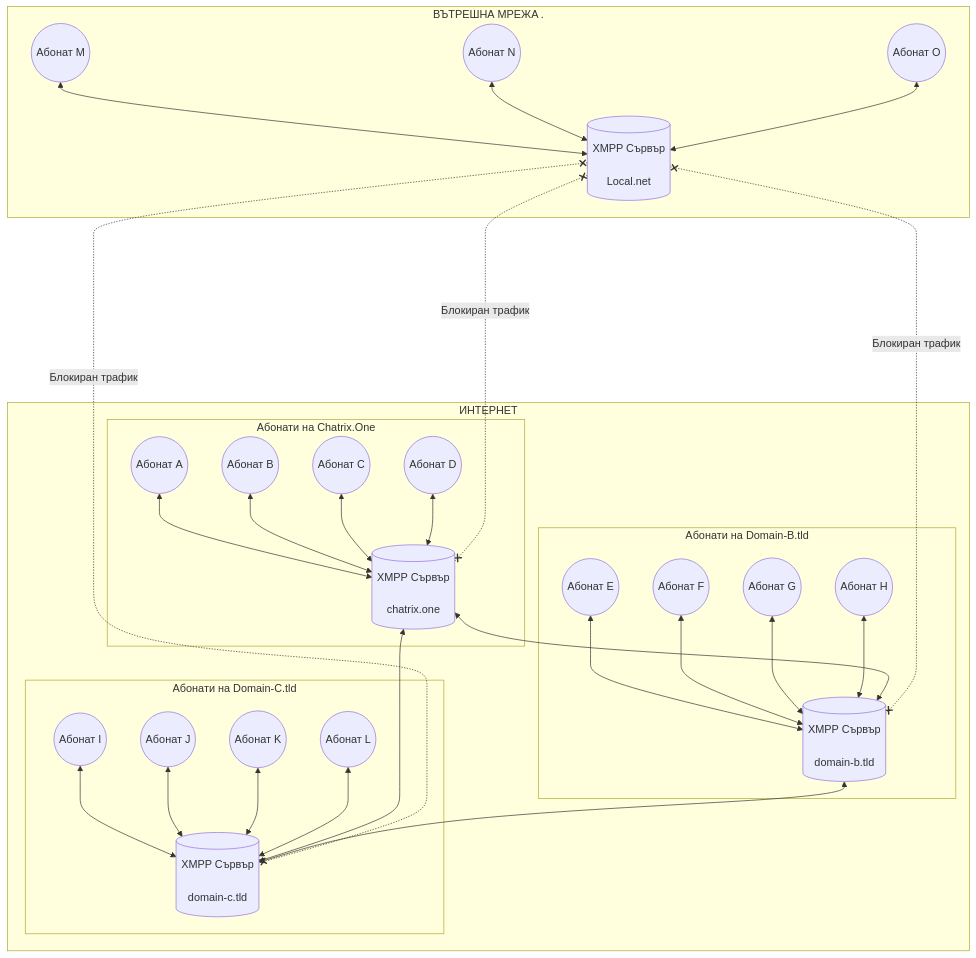
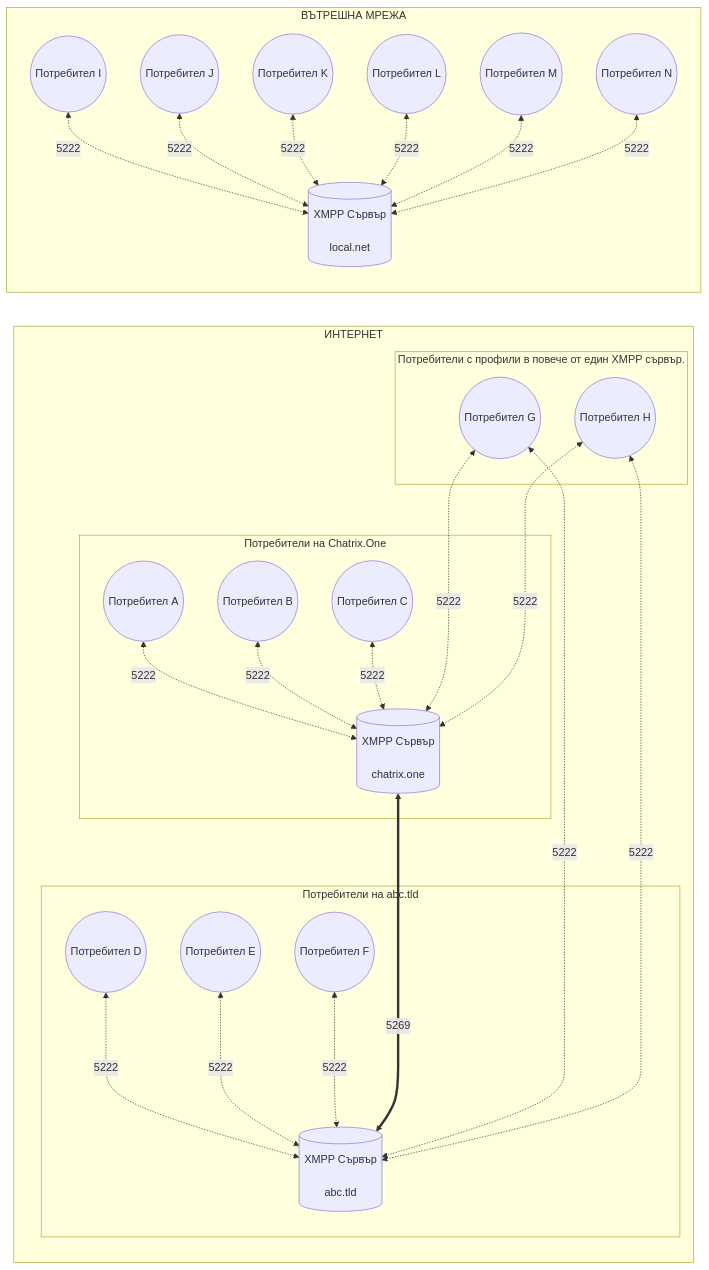
Before and after one commit to MrEddX/docs.chatrix.one: the first of 2 diagrams in docs/често-задавани-въпроси.md, drawn with Mermaid. The commit also changed other lines of this file, not shown here.

Commit message:
Mod: FAQ

````diff
--- a/docs/често-задавани-въпроси.md
+++ b/docs/често-задавани-въпроси.md
@@ -33,42 +35,37 @@
 ```mermaid
 
-flowchart TB
+flowchart RL
     subgraph ИНТЕРНЕТ
-        subgraph Абонати на Chatrix.One
+        subgraph Потребители на Chatrix.One
         A[(XMPP Сървър <br><br> chatrix.one)]
-        a((Абонат A)) <--> A
-        b((Абонат B)) <--> A
-        c((Абонат C)) <--> A
-        d((Абонат D)) <--> A
+        a((Потребител A)) <-.-> |5222| A
+        b((Потребител B)) <-.-> |5222| A
+        c((Потребител C)) <-.-> |5222| A
         end
 
-        subgraph Абонати на Domain-B.tld
-        B[(XMPP Сървър <br><br> domain-b.tld)]
-        e((Абонат E)) <--> B
-        f((Абонат F)) <--> B
-        g((Абонат G)) <--> B
-        h((Абонат H)) <--> B
+        subgraph Потребители на abc.tld
+        B[(XMPP Сървър <br><br> abc.tld)]
+        d((Потребител D)) <-..-> |5222| B
+        e((Потребител E)) <-..-> |5222| B
+        f((Потребител F)) <-..-> |5222| B
         end
 
-        subgraph Абонати на Domain-C.tld
-        C[(XMPP Сървър <br><br> domain-c.tld)]
-        i((Абонат I)) <--> C
-        j((Абонат J)) <--> C
-        k((Абонат K)) <--> C
-        l((Абонат L)) <--> C
+        A <====> |5269| B
+
+        subgraph Потребители с профили в повече от един XMPP сървър.
+        g((Потребител G)) <-..-> |5222| A & B
+        h((Потребител H)) <-..-> |5222| A & B
         end
-
-        A <--> B & C
-        B <--> C
     end
 
-    subgraph ВЪТРЕШНА МРЕЖA .
-    D[(XMPP Сървър <br><br> Local.net)]
-    m((Абонат M)) <--> D
-    n((Абонат N)) <--> D
-    o((Абонат O)) <--> D
+    subgraph ВЪТРЕШНА МРЕЖA
+    L[(XMPP Сървър <br><br> local.net)]
+    i((Потребител I)) <-.-> |5222| L
+    j((Потребител J)) <-.-> |5222| L
+    k((Потребител K)) <-.-> |5222| L
+    l((Потребител L)) <-.-> |5222| L
+    m((Потребител M)) <-.-> |5222| L
+    n((Потребител N)) <-.-> |5222| L
     end
 
-    D x-.....-x |Блокиран трафик| A & B & C
-
 ```
````
